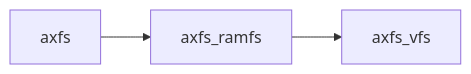
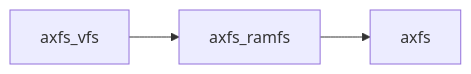
Before and after one commit to rcore-os/tgoskits: the diagram in docs/crates/axfs_ramfs.md, drawn with Mermaid. The commit also changed other lines of this file and 99 other files, not shown here.

````diff
--- a/docs/crates/axfs_ramfs.md
+++ b/docs/crates/axfs_ramfs.md
@@ -34,6 +84,6 @@
 ```mermaid
 graph LR
-    current["axfs_ramfs"]
-    current --> axfs_vfs["axfs_vfs"]
-    axfs["axfs"] --> current
+    axfs_vfs["axfs_vfs"] --> current["axfs_ramfs"]
+
+    current --> axfs["axfs"]
 ```
````
